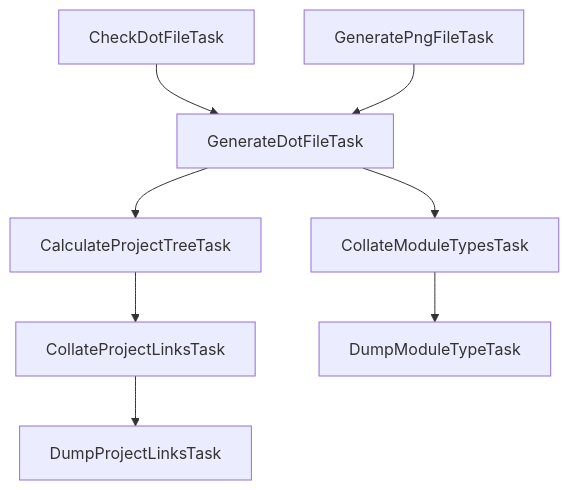
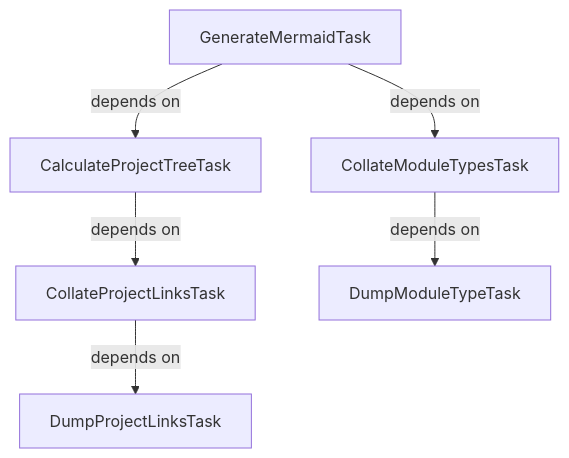
Before and after one commit to jonapoul/aktual: the diagram in build-logic/README.md, drawn with Mermaid. The commit also changed other lines of this file and 134 other files, not shown here.

````diff
--- a/build-logic/README.md
+++ b/build-logic/README.md
@@ -2,10 +3,8 @@
 ```mermaid
 flowchart TD
-  CalculateProjectTreeTask --> CollateProjectLinksTask
-  CheckDotFileTask --> GenerateDotFileTask
-  CollateModuleTypesTask --> DumpModuleTypeTask
-  CollateProjectLinksTask --> DumpProjectLinksTask
-  GenerateDotFileTask --> CalculateProjectTreeTask
-  GenerateDotFileTask --> CollateModuleTypesTask
-  GeneratePngFileTask --> GenerateDotFileTask
+  CalculateProjectTreeTask -- depends on --> CollateProjectLinksTask
+  CollateModuleTypesTask -- depends on --> DumpModuleTypeTask
+  CollateProjectLinksTask -- depends on --> DumpProjectLinksTask
+  GenerateMermaidTask -- depends on --> CalculateProjectTreeTask
+  GenerateMermaidTask -- depends on --> CollateModuleTypesTask
 ```
````
